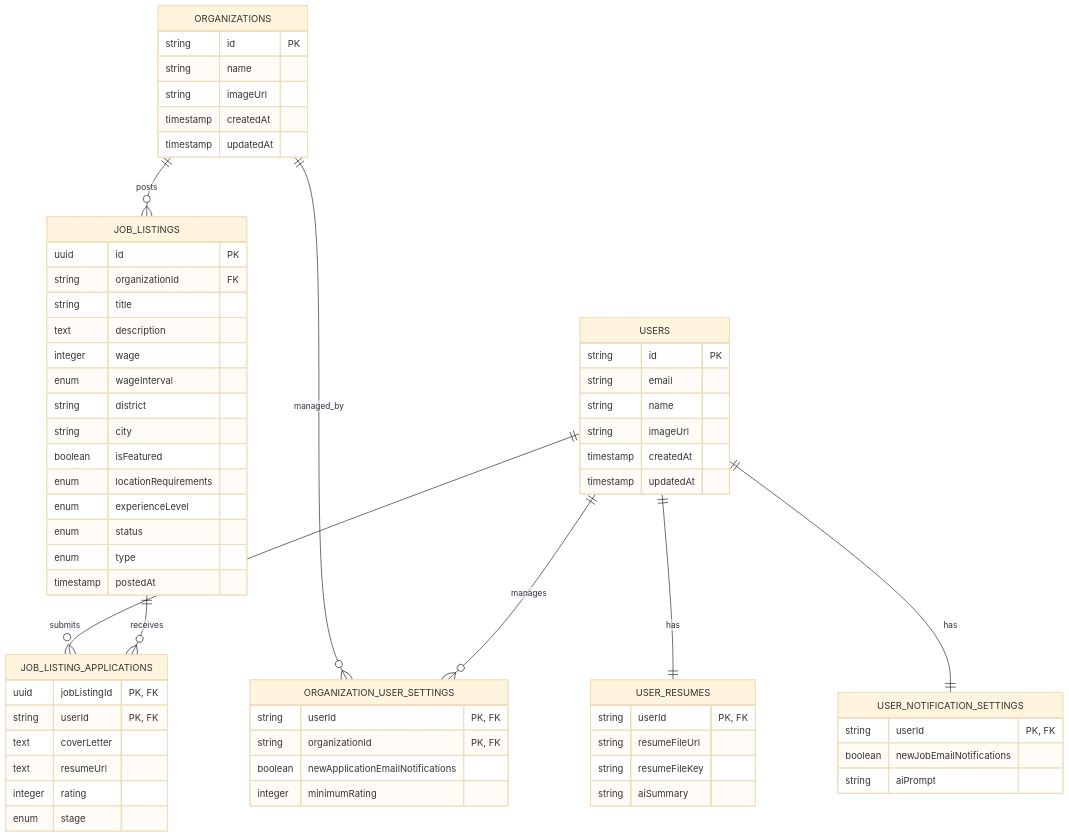
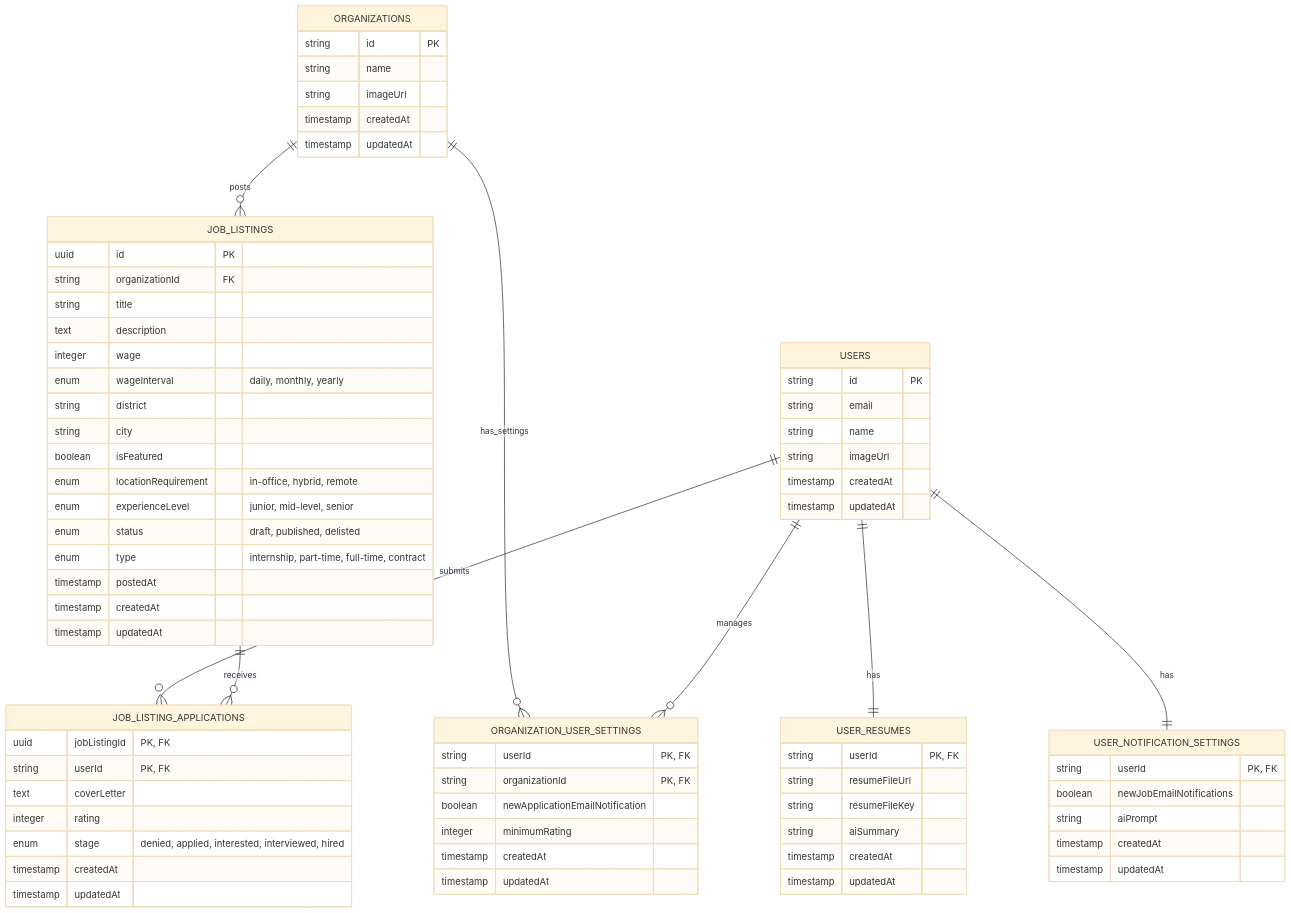
One commit to Festo-Wampamba/kore-standards changed the second of 3 diagrams in README.md. Above: the diagram before and after it, drawn with Mermaid (base theme).

Commit message:
docs: Update ERD diagram in README with correct schema keys and types

````diff
--- a/README.md
+++ b/README.md
@@ -154,7 +154,7 @@
 ```mermaid
 erDiagram
     ORGANIZATIONS ||--o{ JOB_LISTINGS : posts
-    ORGANIZATIONS ||--o{ ORGANIZATION_USER_SETTINGS : managed_by
+    ORGANIZATIONS ||--o{ ORGANIZATION_USER_SETTINGS : has_settings
 
     USERS ||--o{ ORGANIZATION_USER_SETTINGS : manages
     USERS ||--o{ JOB_LISTING_APPLICATIONS : submits
@@ -186,31 +186,36 @@
         string title
         text description
         integer wage
-        enum wageInterval
+        enum wageInterval "daily, monthly, yearly"
         string district
         string city
         boolean isFeatured
-        enum locationRequirements
-        enum experienceLevel
-        enum status
-        enum type
+        enum locationRequirement "in-office, hybrid, remote"
+        enum experienceLevel "junior, mid-level, senior"
+        enum status "draft, published, delisted"
+        enum type "internship, part-time, full-time, contract"
         timestamp postedAt
+        timestamp createdAt
+        timestamp updatedAt
     }
 
     ORGANIZATION_USER_SETTINGS {
         string userId "PK, FK"
         string organizationId "PK, FK"
-        boolean newApplicationEmailNotifications
+        boolean newApplicationEmailNotification
         integer minimumRating
+        timestamp createdAt
+        timestamp updatedAt
     }
 
     JOB_LISTING_APPLICATIONS {
         uuid jobListingId "PK, FK"
         string userId "PK, FK"
         text coverLetter
-        text resumeUrl
         integer rating
-        enum stage
+        enum stage "denied, applied, interested, interviewed, hired"
+        timestamp createdAt
+        timestamp updatedAt
     }
 
     USER_RESUMES {
@@ -218,11 +223,15 @@
         string resumeFileUrl
         string resumeFileKey
         string aiSummary
+        timestamp createdAt
+        timestamp updatedAt
     }
 
     USER_NOTIFICATION_SETTINGS {
         string userId "PK, FK"
         boolean newJobEmailNotifications
         string aiPrompt
+        timestamp createdAt
+        timestamp updatedAt
     }
 ```
````
